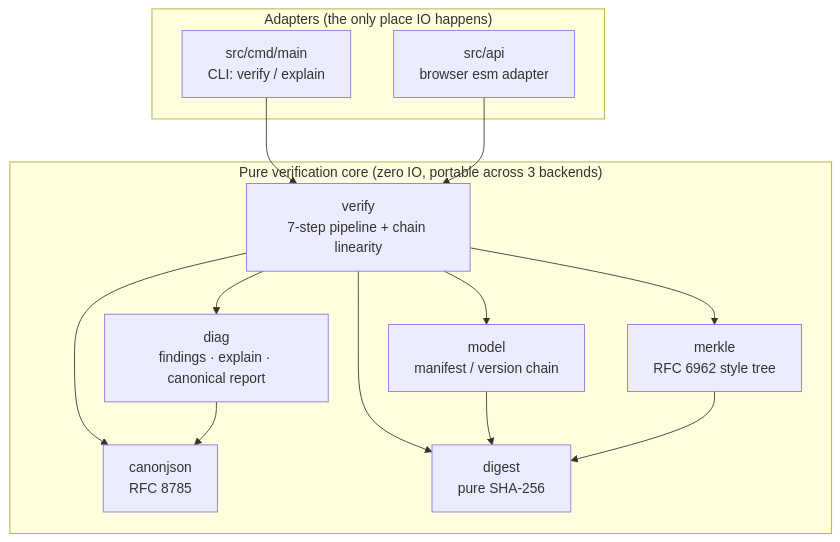
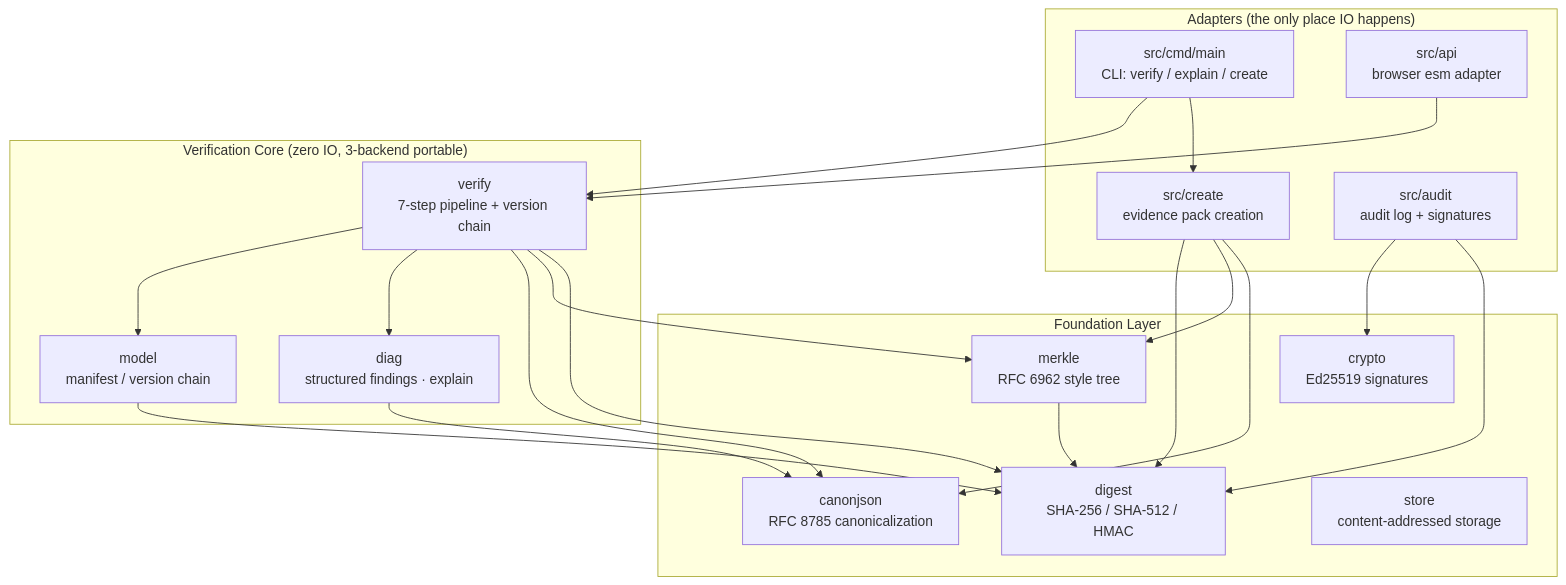
One commit to wenlittle/MoonEvidence changed the diagram in README.md. Above: the diagram before and after it, drawn with Mermaid. The commit also changed other lines of this file and 115 other files, not shown here.

````diff
--- a/README.md
+++ b/README.md
@@ -34,25 +41,37 @@
 ```mermaid
 graph TD
   subgraph adapters["Adapters (the only place IO happens)"]
-    CLI["src/cmd/main<br/>CLI: verify / explain"]
+    CLI["src/cmd/main<br/>CLI: verify / explain / create"]
     API["src/api<br/>browser esm adapter"]
+    CREATE["src/create<br/>evidence pack creation"]
+    AUDIT["src/audit<br/>audit log + signatures"]
   end
-  subgraph core["Pure verification core (zero IO, portable across 3 backends)"]
-    VERIFY["verify<br/>7-step pipeline + chain linearity"]
+  subgraph core["Verification Core (zero IO, 3-backend portable)"]
+    VERIFY["verify<br/>7-step pipeline + version chain"]
     MODEL["model<br/>manifest / version chain"]
-    DIAG["diag<br/>findings · explain · canonical report"]
-    CANON["canonjson<br/>RFC 8785"]
-    DIGEST["digest<br/>pure SHA-256"]
+    DIAG["diag<br/>structured findings · explain"]
+  end
+  subgraph foundation["Foundation Layer"]
+    CANON["canonjson<br/>RFC 8785 canonicalization"]
+    DIGEST["digest<br/>SHA-256 / SHA-512 / HMAC"]
     MERKLE["merkle<br/>RFC 6962 style tree"]
+    CRYPTO["crypto<br/>Ed25519 signatures"]
+    STORE["store<br/>content-addressed storage"]
   end
   CLI --> VERIFY
+  CLI --> CREATE
   API --> VERIFY
+  CREATE --> DIGEST
+  CREATE --> MERKLE
+  CREATE --> CANON
+  AUDIT --> CRYPTO
+  AUDIT --> DIGEST
   VERIFY --> MODEL
   VERIFY --> DIAG
   VERIFY --> CANON
   VERIFY --> MERKLE
   VERIFY --> DIGEST
   MODEL --> DIGEST
   MERKLE --> DIGEST
   DIAG --> CANON
 ```
````
